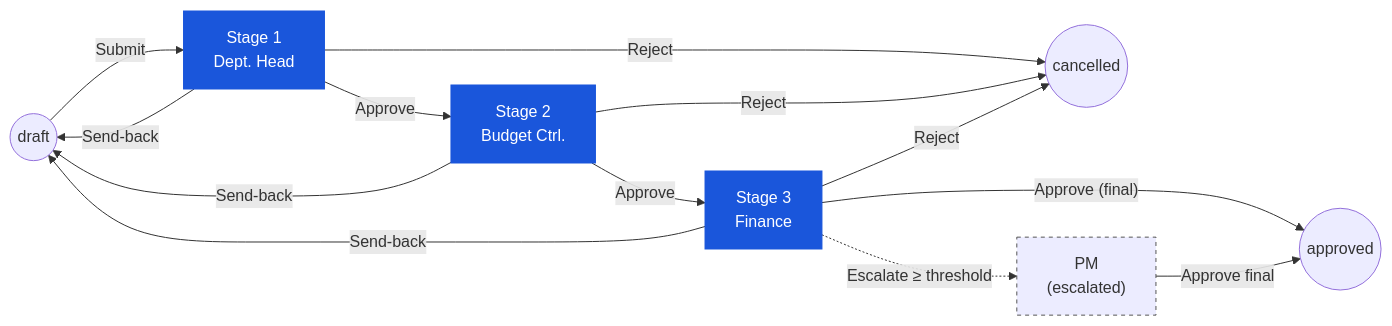
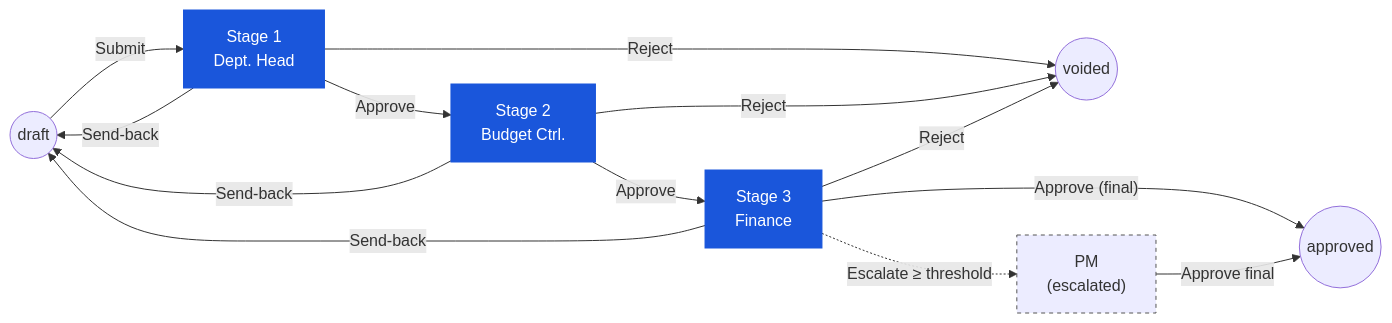
One commit to CarmenSoftware-organization/carmen-wiki changed the diagram in en/inventory/purchase-request/03-user-flow-approver.md. Above: the diagram before and after it, drawn with Mermaid. The commit also changed other lines of this file and 67 other files, not shown here.

First line of the commit message:
docs(enums): sync wiki with tenant Prisma schema 2026-05-19 batch

````diff
--- a/en/inventory/purchase-request/03-user-flow-approver.md
+++ b/en/inventory/purchase-request/03-user-flow-approver.md
@@ -23,17 +23,17 @@
 ```mermaid
 graph LR
     draft(("draft")) -->|"Submit"| s1["Stage 1<br/>Dept. Head"]:::current
     s1 -->|"Approve"| s2["Stage 2<br/>Budget Ctrl."]:::current
     s2 -->|"Approve"| s3["Stage 3<br/>Finance"]:::current
     s3 -->|"Approve (final)"| approved(("approved"))
     s1 -->|"Send-back"| draft
     s2 -->|"Send-back"| draft
     s3 -->|"Send-back"| draft
-    s1 -->|"Reject"| cancelled(("cancelled"))
-    s2 -->|"Reject"| cancelled
-    s3 -->|"Reject"| cancelled
+    s1 -->|"Reject"| voided(("voided"))
+    s2 -->|"Reject"| voided
+    s3 -->|"Reject"| voided
     s3 -.->|"Escalate ≥ threshold"| pm["PM<br/>(escalated)"]:::escalated
     pm -->|"Approve final"| approved
     classDef current fill:#1a56db,color:#fff,stroke:#1a56db;
     classDef escalated stroke-dasharray: 4 4,stroke:#555;
 ```
````
